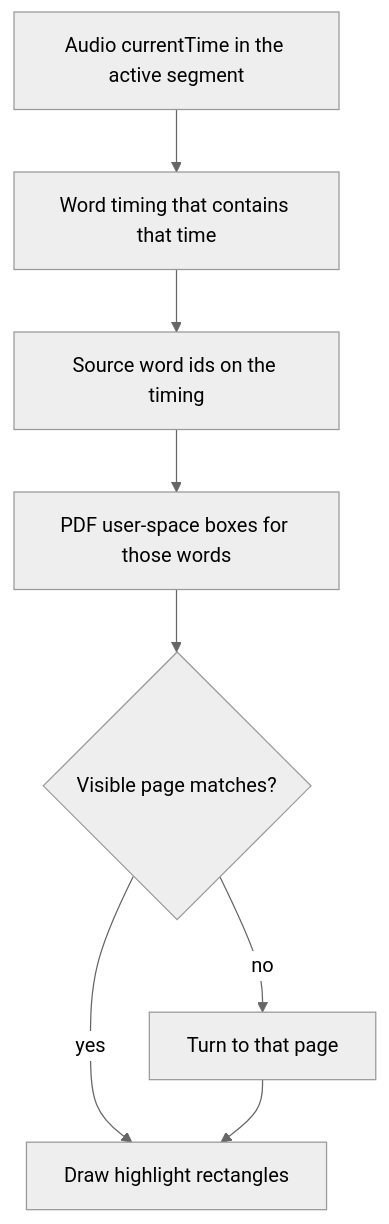
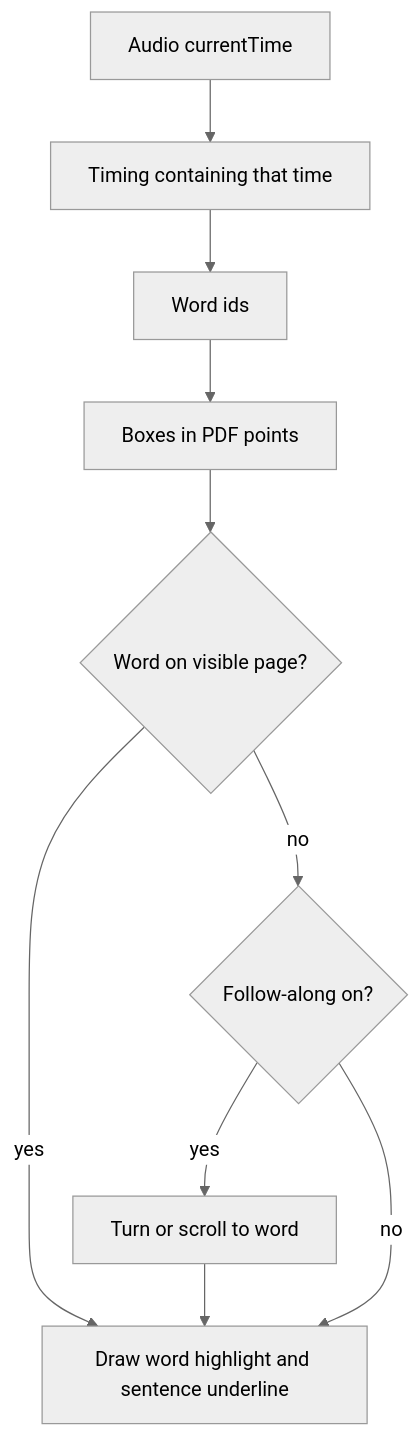
Before and after one commit to manishsharma004/open-book-reader: the fifth of 6 diagrams in specs/discussion/DESIGN.md, drawn with Mermaid (neutral theme). The commit also changed other lines of this file and 6 other files, not shown here.

````diff
--- a/specs/discussion/DESIGN.md
+++ b/specs/discussion/DESIGN.md
@@ -613,14 +456,17 @@
 ```mermaid
 flowchart TD
-  clock[Audio currentTime in the active segment]
-  timing[Word timing that contains that time]
-  words[Source word ids on the timing]
-  boxes[PDF user-space boxes for those words]
-  page{Visible page matches?}
-  turn[Turn to that page]
-  draw[Draw highlight rectangles]
+  clock[Audio currentTime]
+  timing[Timing containing that time]
+  words[Word ids]
+  boxes[Boxes in PDF points]
+  page{Word on visible page?}
+  follow{Follow-along on?}
+  turn[Turn or scroll to word]
+  draw[Draw word highlight and sentence underline]
 
   clock --> timing --> words --> boxes --> page
   page -->|yes| draw
-  page -->|no| turn --> draw
+  page -->|no| follow
+  follow -->|yes| turn --> draw
+  follow -->|no| draw
 ```
````
